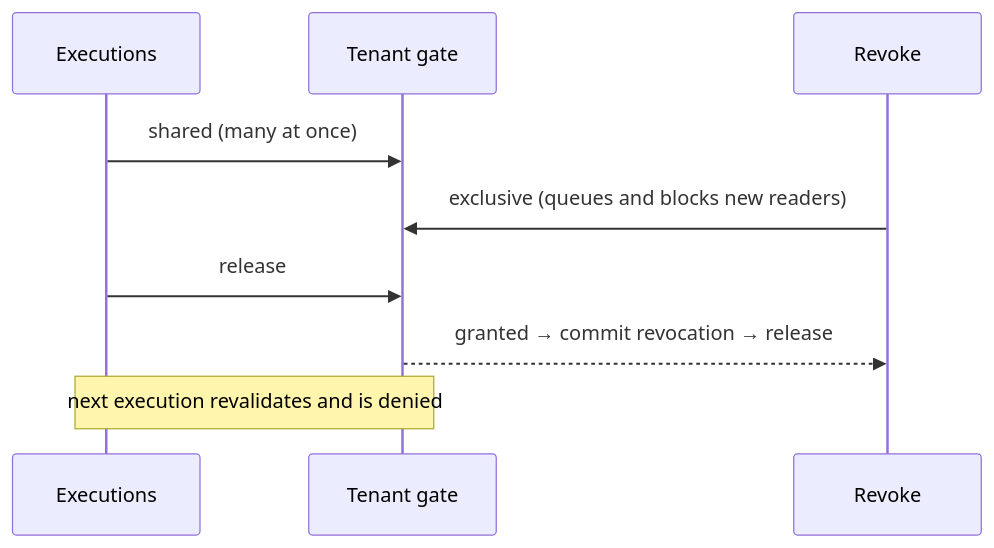
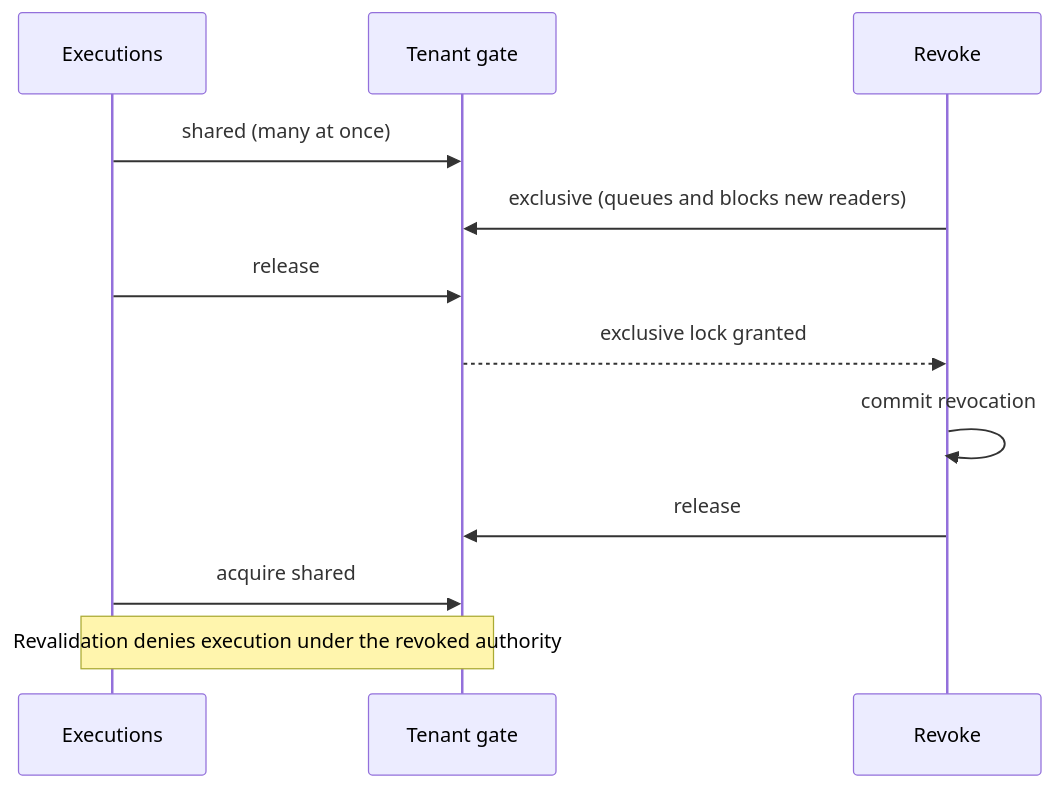
One commit to amurph491/hallpass-public changed the fifth of 6 diagrams in docs/system-design.md. Above: the diagram before and after it, drawn with Mermaid. The commit also changed other lines of this file, not shown here.

Commit message:
Align system design diagrams with the implementation

````diff
--- a/docs/system-design.md
+++ b/docs/system-design.md
@@ -214,11 +238,14 @@
 ```mermaid
 sequenceDiagram
   participant E as Executions
   participant G as Tenant gate
   participant R as Revoke
   E->>G: shared (many at once)
   R->>G: exclusive (queues and blocks new readers)
   E->>G: release
-  G-->>R: granted → commit revocation → release
-  Note over E,G: next execution revalidates and is denied
+  G-->>R: exclusive lock granted
+  R->>R: commit revocation
+  R->>G: release
+  E->>G: acquire shared
+  Note over E,G: Revalidation denies execution under the revoked authority
 ```
````
